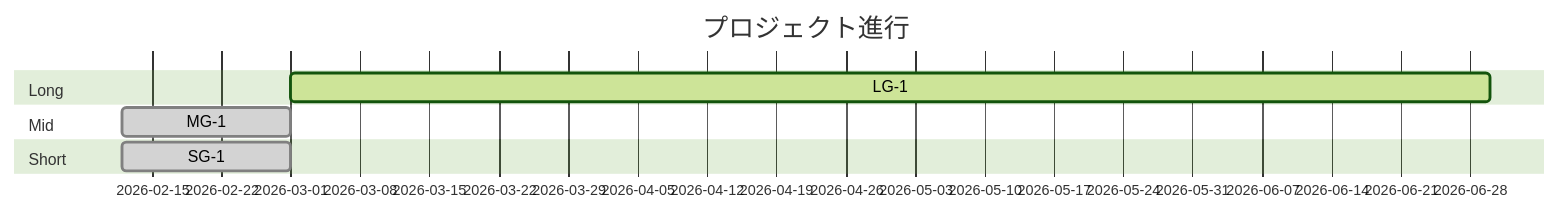
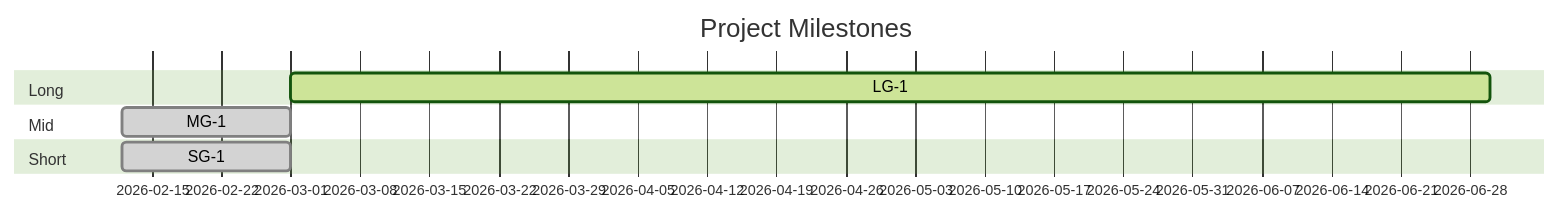
The diagram in docs/MILESTONE_PLAN.md (YuShimoji/UnityChatNovelGame), drawn with Mermaid (forest theme) before and after one commit. The commit also changed other lines of this file and 11 other files, not shown here.

````diff
--- a/docs/MILESTONE_PLAN.md
+++ b/docs/MILESTONE_PLAN.md
@@ -51,11 +49,11 @@
 ```mermaid
 gantt
-    title プロジェクト進行
+    title Project Milestones
     dateFormat  YYYY-MM-DD
     section Long
     LG-1 :active, lg1, 2026-03-01, 2026-06-30
     section Mid
     MG-1 :done, mg1, 2026-02-12, 2026-03-01
     section Short
     SG-1 :done, sg1, 2026-02-12, 2026-03-01
 ```
````
